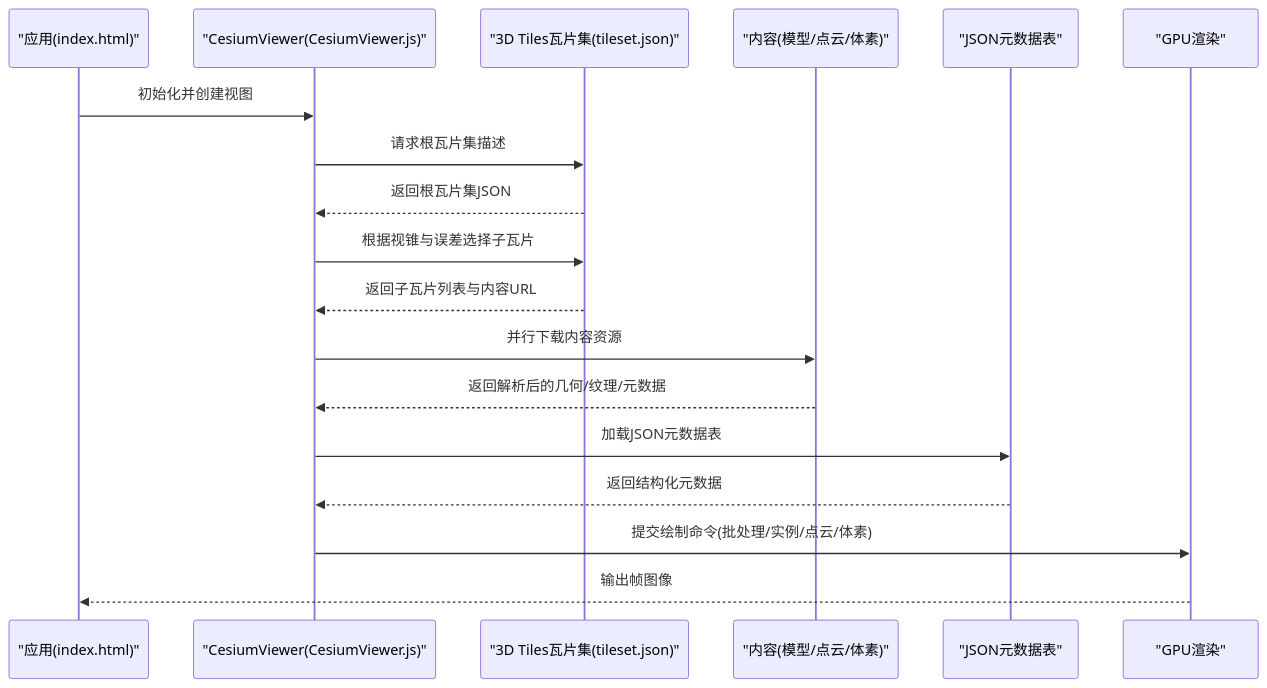
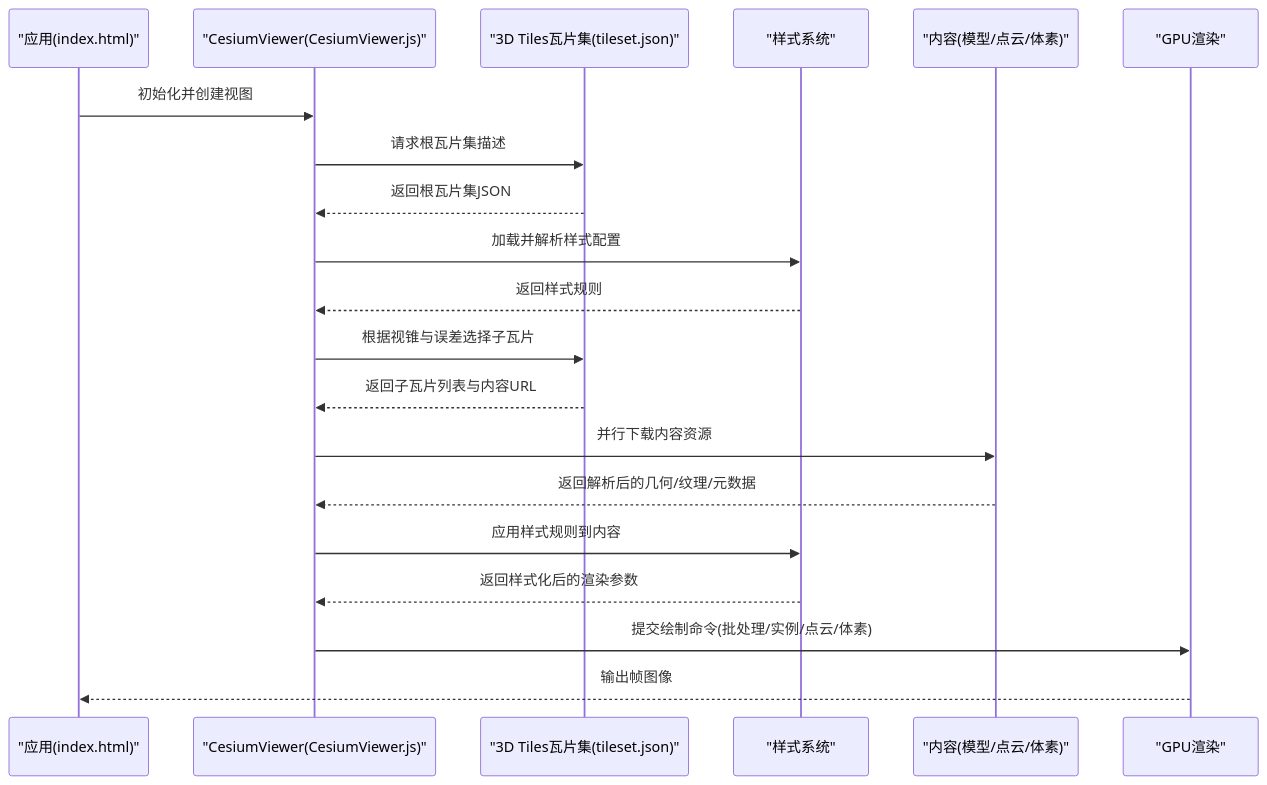
Before and after one commit to rzhangjing/cesium: the second of 7 diagrams in .qoder/repowiki/zh/content/项目概述/核心特性/3D数据格式支持/3D Tiles标准支持/3D Tiles标准支持.md, drawn with Mermaid. The commit also changed other lines of this file and 29 other files, not shown here.

````diff
--- a/.qoder/repowiki/zh/content/项目概述/核心特性/3D数据格式支持/3D Tiles标准支持/3D Tiles标准支持.md
+++ b/.qoder/repowiki/zh/content/项目概述/核心特性/3D数据格式支持/3D Tiles标准支持/3D Tiles标准支持.md
@@ -117,20 +128,22 @@
 ```mermaid
 sequenceDiagram
 participant App as "应用(index.html)"
 participant Viewer as "CesiumViewer(CesiumViewer.js)"
 participant Tileset as "3D Tiles瓦片集(tileset.json)"
+participant Style as "样式系统"
 participant Content as "内容(模型/点云/体素)"
-participant Metadata as "JSON元数据表"
 participant GPU as "GPU渲染"
 App->>Viewer : 初始化并创建视图
 Viewer->>Tileset : 请求根瓦片集描述
 Tileset-->>Viewer : 返回根瓦片集JSON
+Viewer->>Style : 加载并解析样式配置
+Style-->>Viewer : 返回样式规则
 Viewer->>Tileset : 根据视锥与误差选择子瓦片
 Tileset-->>Viewer : 返回子瓦片列表与内容URL
 Viewer->>Content : 并行下载内容资源
 Content-->>Viewer : 返回解析后的几何/纹理/元数据
-Viewer->>Metadata : 加载JSON元数据表
-Metadata-->>Viewer : 返回结构化元数据
+Viewer->>Style : 应用样式规则到内容
+Style-->>Viewer : 返回样式化后的渲染参数
 Viewer->>GPU : 提交绘制命令(批处理/实例/点云/体素)
 GPU-->>App : 输出帧图像
 ```
````
